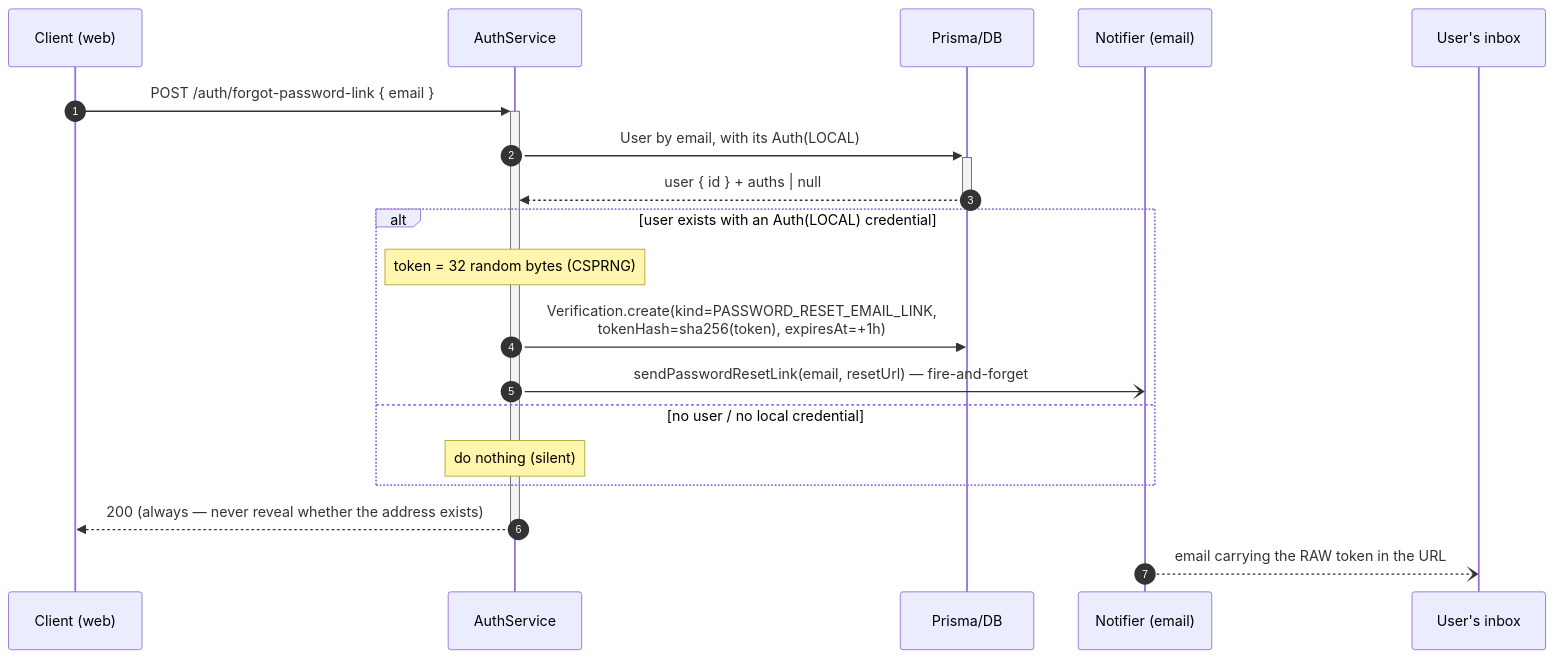
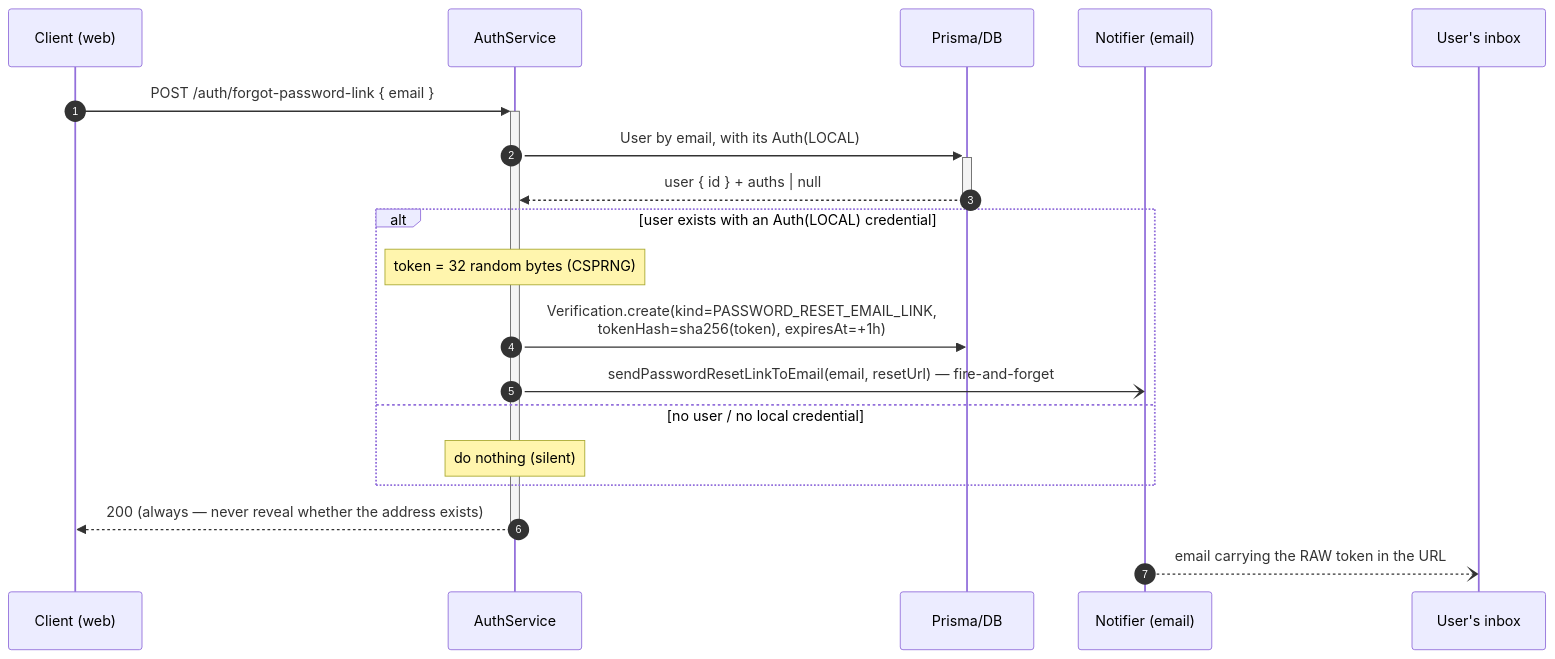
The first of 2 diagrams in apps/api/docs/architecture/authen/PASSWORD-RESET-EMAIL-LINK.md (chuhaiphu/vinaup-platform), drawn with Mermaid before and after one commit. The commit also changed other lines of this file and 23 other files, not shown here.

````diff
--- a/apps/api/docs/architecture/authen/PASSWORD-RESET-EMAIL-LINK.md
+++ b/apps/api/docs/architecture/authen/PASSWORD-RESET-EMAIL-LINK.md
@@ -23,22 +23,22 @@
 ```mermaid
 sequenceDiagram
     autonumber
     participant C as Client (web)
     participant Auth as AuthService
     participant DB as Prisma/DB
     participant N as Notifier (email)
     participant U as User's inbox
 
     C->>+Auth: POST /auth/forgot-password-link { email }
     Auth->>+DB: User by email, with its Auth(LOCAL)
     DB-->>-Auth: user { id } + auths | null
     alt user exists with an Auth(LOCAL) credential
         Note over Auth: token = 32 random bytes (CSPRNG)
         Auth->>DB: Verification.create(kind=PASSWORD_RESET_EMAIL_LINK,<br/>tokenHash=sha256(token), expiresAt=+1h)
-        Auth-)N: sendPasswordResetLink(email, resetUrl) — fire-and-forget
+        Auth-)N: sendPasswordResetLinkToEmail(email, resetUrl) — fire-and-forget
     else no user / no local credential
         Note over Auth: do nothing (silent)
     end
     Auth-->>-C: 200 (always — never reveal whether the address exists)
     N--)U: email carrying the RAW token in the URL
 ```
````
